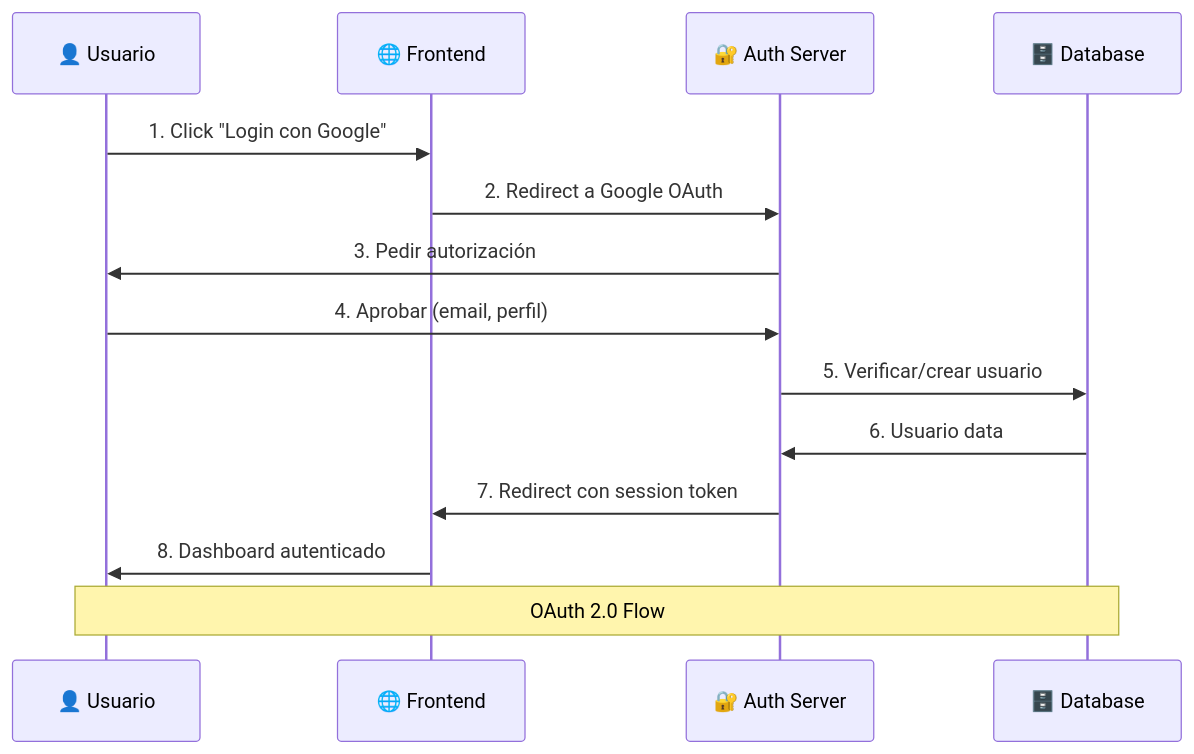
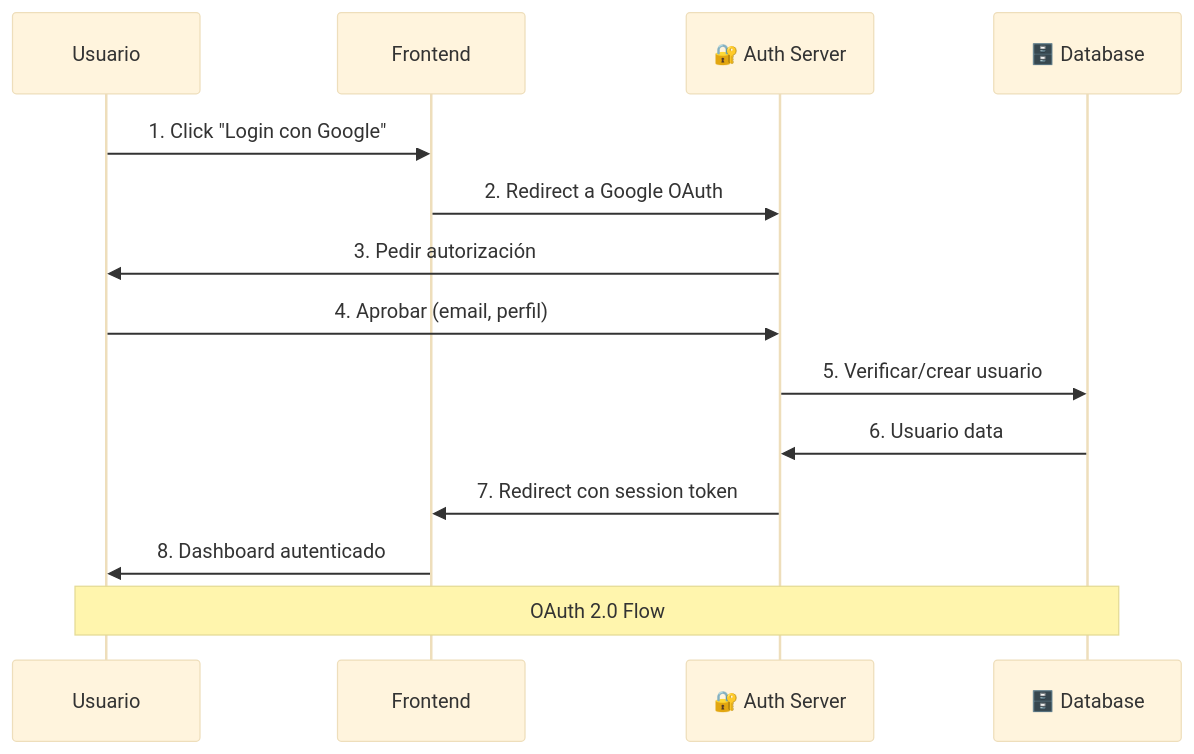
One commit to Ai-Whisperers/Courses-Content changed the third of 9 diagrams in courses/🟡-development/FPUNA-2026/01-DESARROLLO-SOFTWARE/especializaciones/web-development/03-autenticacion-autorizacion.md. Above: the diagram before and after it, drawn with Mermaid. The commit also changed other lines of this file and 47 other files, not shown here.

First line of the commit message:
fix: Make all 473 diagrams WCAG AAA accessible (FPUNA-2026)

````diff
--- a/courses/🟡-development/FPUNA-2026/01-DESARROLLO-SOFTWARE/especializaciones/web-development/03-autenticacion-autorizacion.md
+++ b/courses/🟡-development/FPUNA-2026/01-DESARROLLO-SOFTWARE/especializaciones/web-development/03-autenticacion-autorizacion.md
@@ -242,18 +244,19 @@
 ```mermaid
+%%{init: {'theme':'base', 'themeVariables': {'fontSize':'18px'}}}%%
 sequenceDiagram
-    participant U as 👤 Usuario
-    participant F as 🌐 Frontend
+    participant U as Usuario
+    participant F as Frontend
     participant A as 🔐 Auth Server
     participant D as 🗄️ Database
     
     U->>F: 1. Click "Login con Google"
     F->>A: 2. Redirect a Google OAuth
     A->>U: 3. Pedir autorización
     U->>A: 4. Aprobar (email, perfil)
     A->>D: 5. Verificar/crear usuario
     D->>A: 6. Usuario data
     A->>F: 7. Redirect con session token
     F->>U: 8. Dashboard autenticado
     
     Note over U,D: OAuth 2.0 Flow
 ```
````
